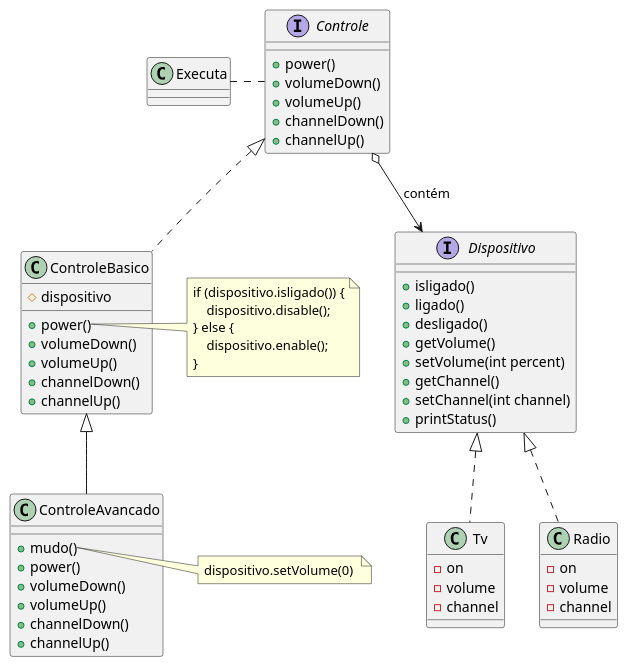
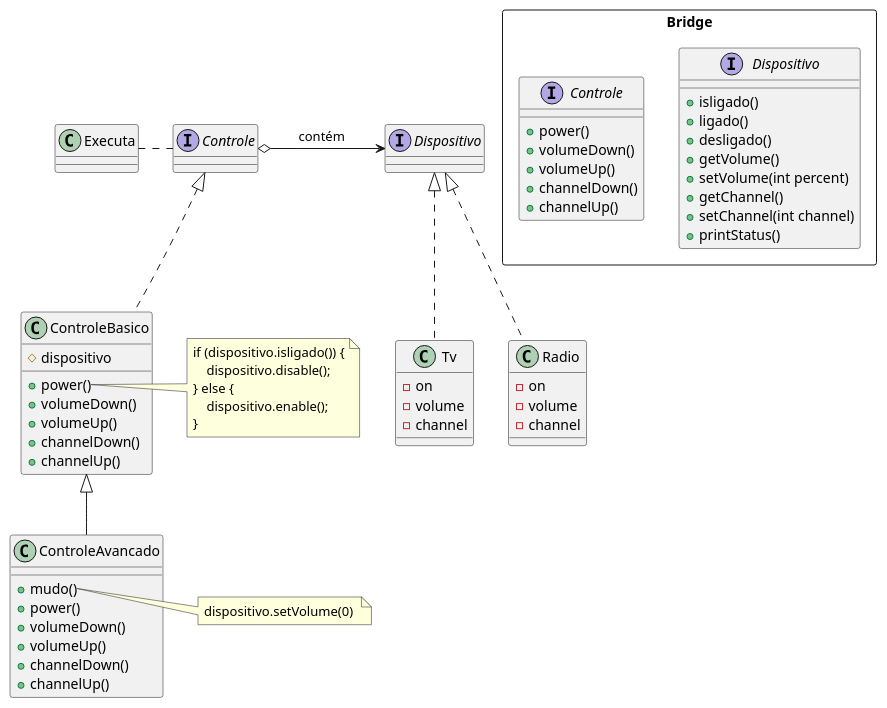
Before and after one commit to leandro-costa/vuepressppr: the diagram in src/gof/Bridge_Wanderson/diagram/bridge.puml, drawn with PlantUML.

Commit message:
ajuste diagrama  Bridge

```diff
--- a/src/gof/Bridge_Wanderson/diagram/bridge.puml
+++ b/src/gof/Bridge_Wanderson/diagram/bridge.puml
@@ -1,68 +1,69 @@
 @startuml
 
 class Executa{
 }
+package Bridge <<Rectangle>> {
+    interface Dispositivo{
+        +isligado()
+        +ligado()
+        +desligado()
+        +getVolume()
+        +setVolume(int percent)
+        +getChannel()
+        +setChannel(int channel)
+        +printStatus()
+    }
 
-interface Dispositivo{
-    +isligado()
-    +ligado()
-    +desligado()
-    +getVolume()
-    +setVolume(int percent)
-    +getChannel()
-    +setChannel(int channel)
-    +printStatus()
+    interface Controle{
+        +power()
+        +volumeDown()
+        +volumeUp()
+        +channelDown()
+        +channelUp()
+    }
 }
-
-interface Controle{
-    +power()
-    +volumeDown()
-    +volumeUp()
-    +channelDown()
-    +channelUp()
-}
-
 class Tv implements Dispositivo{
     -on
     -volume
     -channel
 }
 
 class Radio implements Dispositivo{
     -on
     -volume
     -channel
 }
 
 class ControleBasico implements Controle{
     #dispositivo
     +power()
     +volumeDown()
     +volumeUp()
     +channelDown()
     +channelUp()
 }
 
 class ControleAvancado extends ControleBasico{
     +mudo()
     +power()
     +volumeDown()
     +volumeUp()
     +channelDown()
     +channelUp()
 }
 Executa . Controle
-Controle o--> Dispositivo : contém
+Controle o-right-> Dispositivo : contém
+
 
 note right of ControleAvancado::mudo 
 dispositivo.setVolume(0) 
 end note
 
 note right of ControleBasico::power 
         if (dispositivo.isligado()) {
             dispositivo.disable();
         } else {
             dispositivo.enable();
         }
 end note
 @enduml
```
